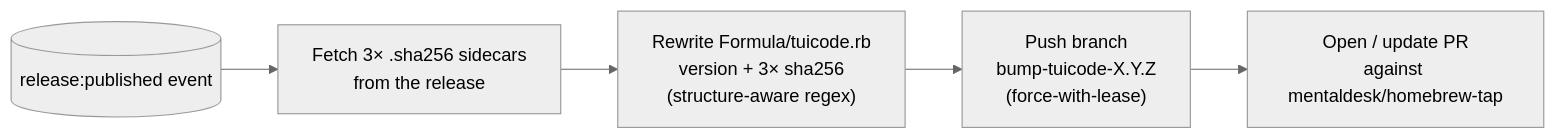
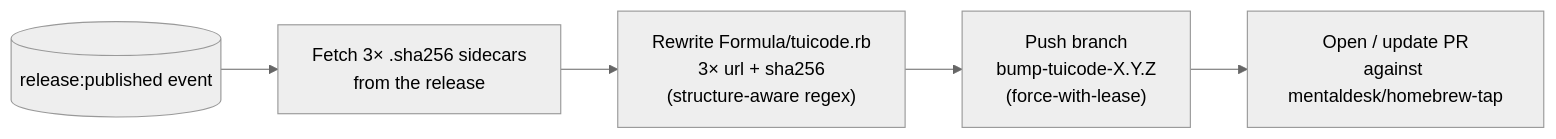
Before and after one commit to mentaldesk/TuiCode: the third of 4 diagrams in CONTRIBUTING.md, drawn with Mermaid (neutral theme). The commit also changed other lines of this file and 2 other files, not shown here.

Commit message:
Bump the tap formula's URLs instead of a version line
brew audit --strict now fails on a version line that duplicates the one in the URL, which broke the 0.0.4 tap PR. The formula carries the version only in its URLs now, so rewrite those.

````diff
--- a/CONTRIBUTING.md
+++ b/CONTRIBUTING.md
@@ -88,7 +88,7 @@
 ```mermaid
 flowchart LR
     Pub[("release:published event")] --> Fetch["Fetch 3× .sha256 sidecars<br/>from the release"]
-    Fetch --> Edit["Rewrite Formula/tuicode.rb<br/>version + 3× sha256<br/>(structure-aware regex)"]
+    Fetch --> Edit["Rewrite Formula/tuicode.rb<br/>3× url + sha256<br/>(structure-aware regex)"]
     Edit --> Push["Push branch<br/>bump-tuicode-X.Y.Z<br/>(force-with-lease)"]
     Push --> PR["Open / update PR<br/>against mentaldesk/homebrew-tap"]
 ```
````
